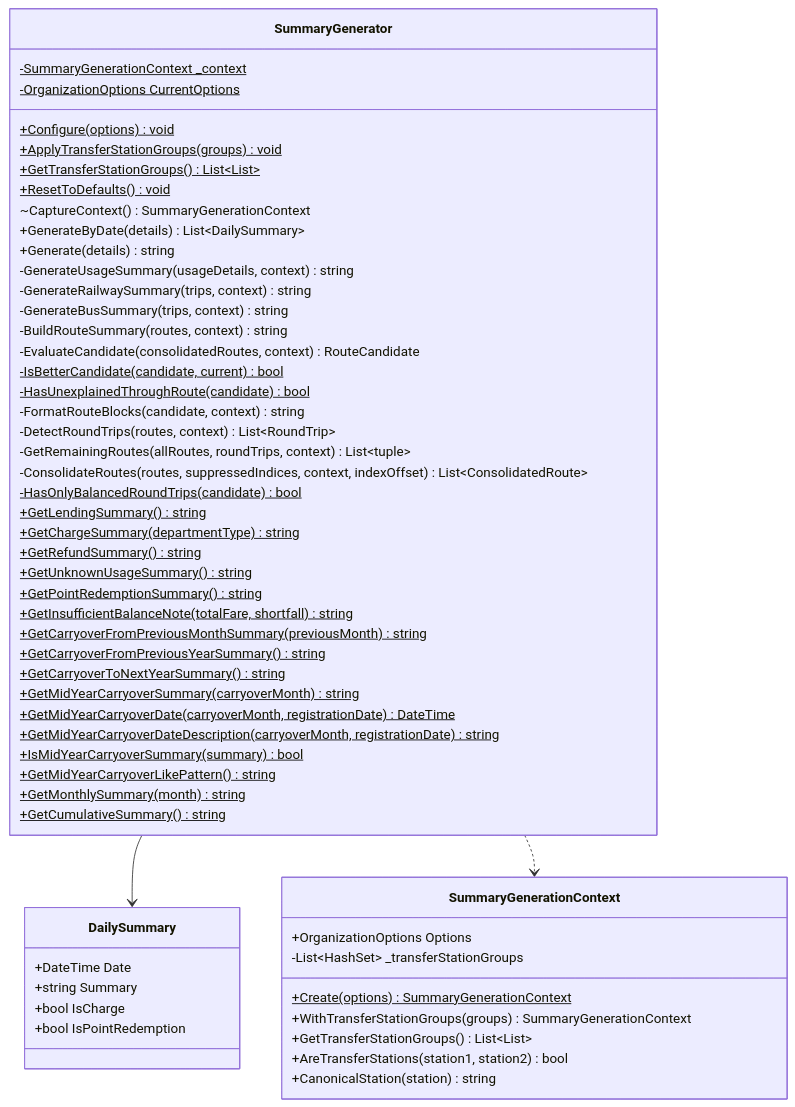
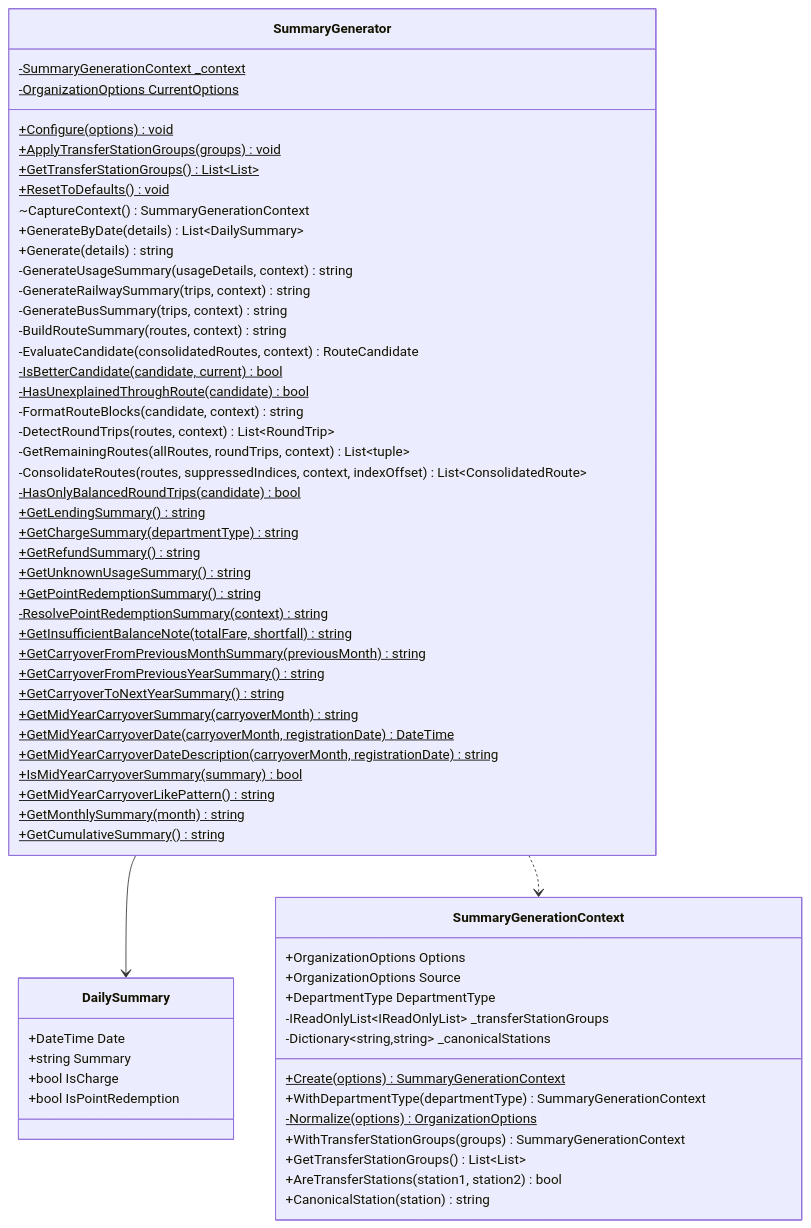
The sixth of 52 diagrams in ICCardManager/docs/design/05_クラス設計書.md (kuwayamamasayuki/ICCardManager), drawn with Mermaid before and after one commit. The commit also changed other lines of this file and 11 other files, not shown here.

````diff
--- a/ICCardManager/docs/design/05_クラス設計書.md
+++ b/ICCardManager/docs/design/05_クラス設計書.md
@@ -629,62 +629,68 @@
 ```mermaid
 classDiagram
     class SummaryGenerator {
         -SummaryGenerationContext _context$
         -OrganizationOptions CurrentOptions$
         +Configure(options)$ void
         +ApplyTransferStationGroups(groups)$ void
         +GetTransferStationGroups()$ List~List~
         +ResetToDefaults()$ void
         ~CaptureContext() SummaryGenerationContext
         +GenerateByDate(details) List~DailySummary~
         +Generate(details) string
         -GenerateUsageSummary(usageDetails, context) string
         -GenerateRailwaySummary(trips, context) string
         -GenerateBusSummary(trips, context) string
         -BuildRouteSummary(routes, context) string
         -EvaluateCandidate(consolidatedRoutes, context) RouteCandidate
         -IsBetterCandidate(candidate, current)$ bool
         -HasUnexplainedThroughRoute(candidate)$ bool
         -FormatRouteBlocks(candidate, context) string
         -DetectRoundTrips(routes, context) List~RoundTrip~
         -GetRemainingRoutes(allRoutes, roundTrips, context) List~tuple~
         -ConsolidateRoutes(routes, suppressedIndices, context, indexOffset) List~ConsolidatedRoute~
         -HasOnlyBalancedRoundTrips(candidate)$ bool
         +GetLendingSummary()$ string
         +GetChargeSummary(departmentType)$ string
         +GetRefundSummary()$ string
         +GetUnknownUsageSummary()$ string
         +GetPointRedemptionSummary()$ string
+        -ResolvePointRedemptionSummary(context)$ string
         +GetInsufficientBalanceNote(totalFare, shortfall)$ string
         +GetCarryoverFromPreviousMonthSummary(previousMonth)$ string
         +GetCarryoverFromPreviousYearSummary()$ string
         +GetCarryoverToNextYearSummary()$ string
         +GetMidYearCarryoverSummary(carryoverMonth)$ string
         +GetMidYearCarryoverDate(carryoverMonth, registrationDate)$ DateTime
         +GetMidYearCarryoverDateDescription(carryoverMonth, registrationDate)$ string
         +IsMidYearCarryoverSummary(summary)$ bool
         +GetMidYearCarryoverLikePattern()$ string
         +GetMonthlySummary(month)$ string
         +GetCumulativeSummary()$ string
     }
 
     class DailySummary {
         +DateTime Date
         +string Summary
         +bool IsCharge
         +bool IsPointRedemption
     }
 
     class SummaryGenerationContext {
         +OrganizationOptions Options
-        -List~HashSet~ _transferStationGroups
+        +OrganizationOptions Source
+        +DepartmentType DepartmentType
+        -IReadOnlyList~IReadOnlyList~ _transferStationGroups
+        -Dictionary~string,string~ _canonicalStations
         +Create(options)$ SummaryGenerationContext
+        +WithDepartmentType(departmentType) SummaryGenerationContext
+        -Normalize(options)$ OrganizationOptions
         +WithTransferStationGroups(groups) SummaryGenerationContext
         +GetTransferStationGroups() List~List~
         +AreTransferStations(station1, station2) bool
         +CanonicalStation(station) string
     }
 
     SummaryGenerator --> DailySummary
     SummaryGenerator ..> SummaryGenerationContext
 ```
````
